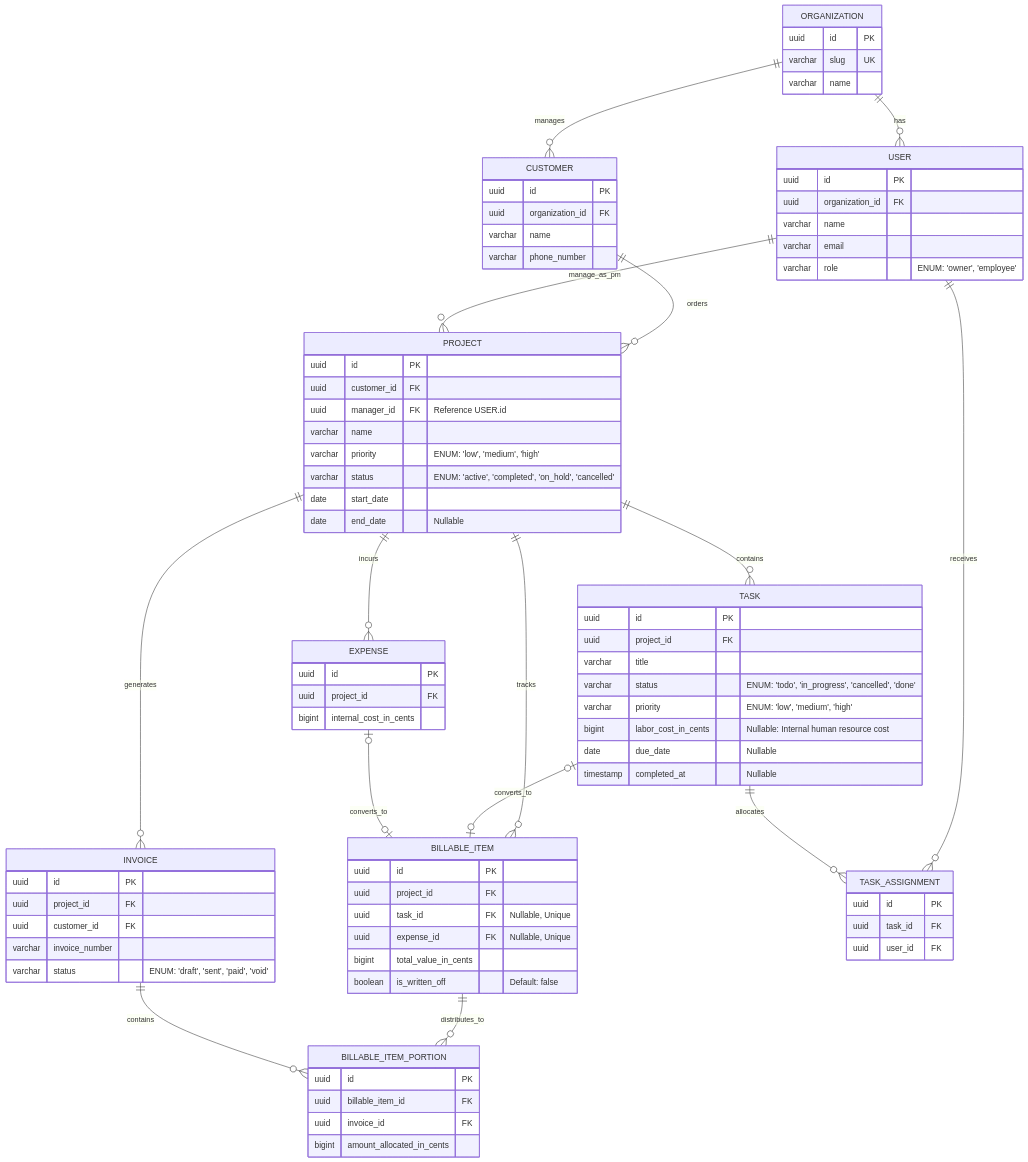
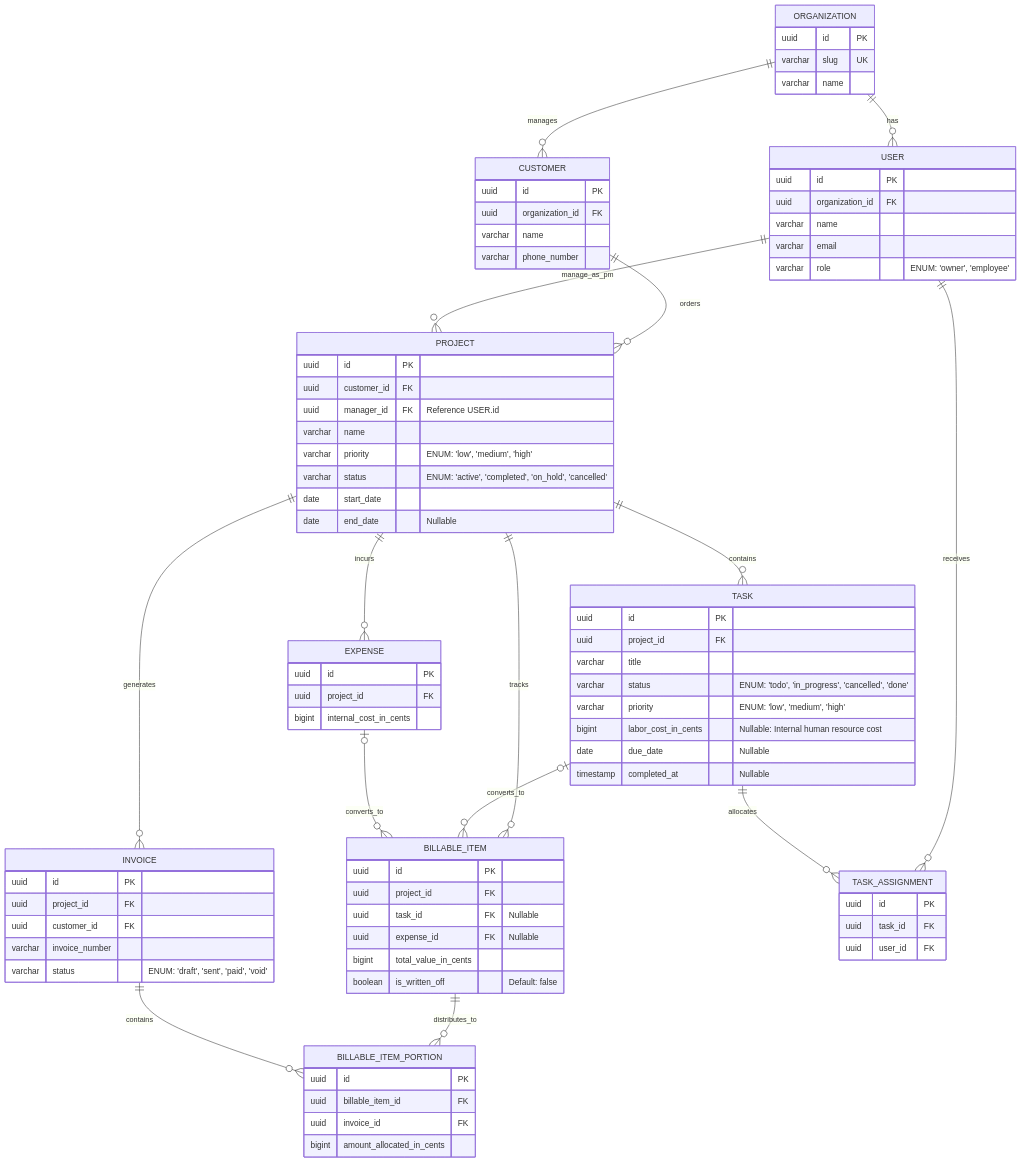
One commit to mauriciobarda/service-tenant-erp changed the diagram in docs/database.md. Above: the diagram before and after it, drawn with Mermaid.

Commit message:
docs: remove UNIQUE constraint from task_id and expense_id on billable_items
Allows tasks and expenses to be linked to newer billable items if previous ones were written off of invalidated.

```diff
--- a/docs/database.md
+++ b/docs/database.md
@@ -28,8 +28,8 @@
     PROJECT ||--o{ BILLABLE_ITEM : tracks
     PROJECT ||--o{ INVOICE : generates
 
-    TASK |o--o| BILLABLE_ITEM : converts_to
-    EXPENSE |o--o| BILLABLE_ITEM : converts_to
+    TASK |o--o{ BILLABLE_ITEM : converts_to
+    EXPENSE |o--o{ BILLABLE_ITEM : converts_to
 
     BILLABLE_ITEM ||--o{ BILLABLE_ITEM_PORTION : distributes_to
     INVOICE ||--o{ BILLABLE_ITEM_PORTION : contains
@@ -97,8 +97,8 @@
     BILLABLE_ITEM {
         uuid id PK
         uuid project_id FK
-        uuid task_id FK "Nullable, Unique"
-        uuid expense_id FK "Nullable, Unique"
+        uuid task_id FK "Nullable"
+        uuid expense_id FK "Nullable"
         bigint total_value_in_cents
         boolean is_written_off "Default: false"
     }
```
